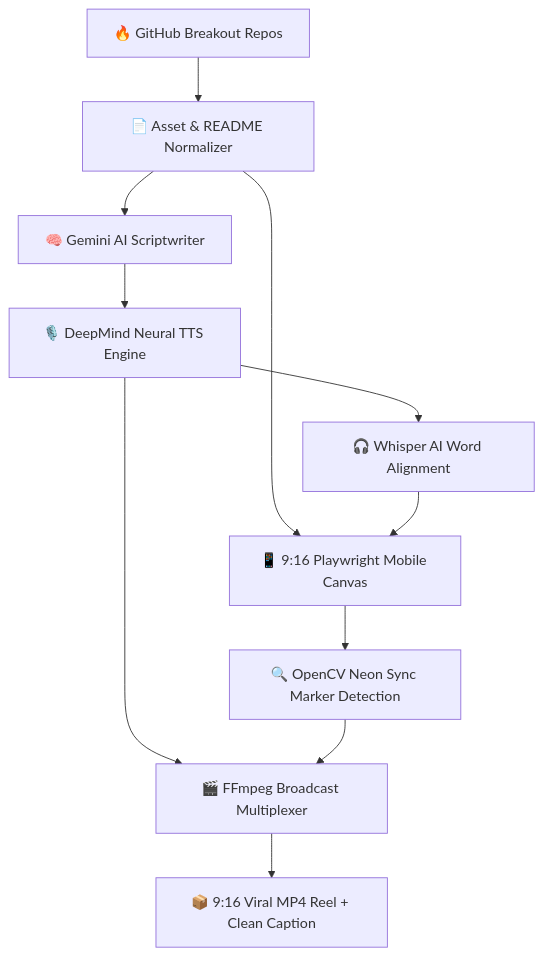
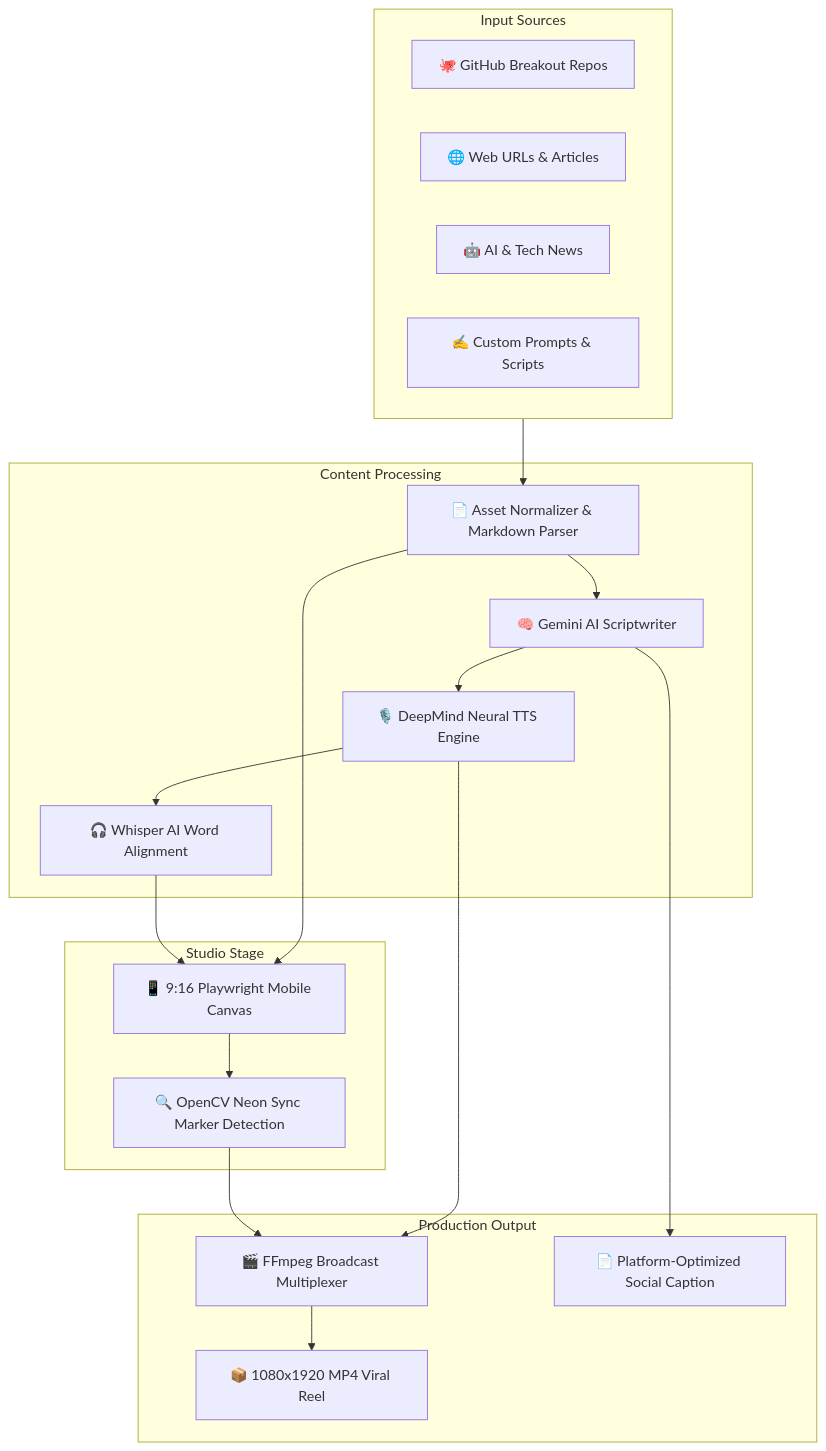
Before and after one commit to jastfan/FondPeaceStudio: the diagram in README.md, drawn with Mermaid. The commit also changed other lines of this file, not shown here.

Commit message:
docs: add social community links and universal multi-platform capabilities to README

````diff
--- a/README.md
+++ b/README.md
@@ -68,13 +145,39 @@
 ```mermaid
 flowchart TD
-    A[🔥 GitHub Breakout Repos] --> B[📄 Asset & README Normalizer]
-    B --> C[🧠 Gemini AI Scriptwriter]
-    C --> D[🎙️ DeepMind Neural TTS Engine]
-    D --> E[🎧 Whisper AI Word Alignment]
-    B --> F[📱 9:16 Playwright Mobile Canvas]
+    subgraph Input_Sources [Input Sources]
+        A1[🐙 GitHub Breakout Repos]
+        A2[🌐 Web URLs & Articles]
+        A3[🤖 AI & Tech News]
+        A4[✍️ Custom Prompts & Scripts]
+    end
+
+    subgraph Content_Processing [Content Processing]
+        B[📄 Asset Normalizer & Markdown Parser]
+        C[🧠 Gemini AI Scriptwriter]
+        D[🎙️ DeepMind Neural TTS Engine]
+        E[🎧 Whisper AI Word Alignment]
+    end
+
+    subgraph Studio_Stage [Studio Stage]
+        F[📱 9:16 Playwright Mobile Canvas]
+        G[🔍 OpenCV Neon Sync Marker Detection]
+    end
+
+    subgraph Render_Output [Production Output]
+        H[🎬 FFmpeg Broadcast Multiplexer]
+        I1[📦 1080x1920 MP4 Viral Reel]
+        I2[📄 Platform-Optimized Social Caption]
+    end
+
+    Input_Sources --> B
+    B --> C
+    C --> D
+    D --> E
+    B --> F
     E --> F
-    F --> G[🔍 OpenCV Neon Sync Marker Detection]
-    D --> H[🎬 FFmpeg Broadcast Multiplexer]
+    F --> G
+    D --> H
     G --> H
-    H --> I[📦 9:16 Viral MP4 Reel + Clean Caption]
+    H --> I1
+    C --> I2
 ```
````
